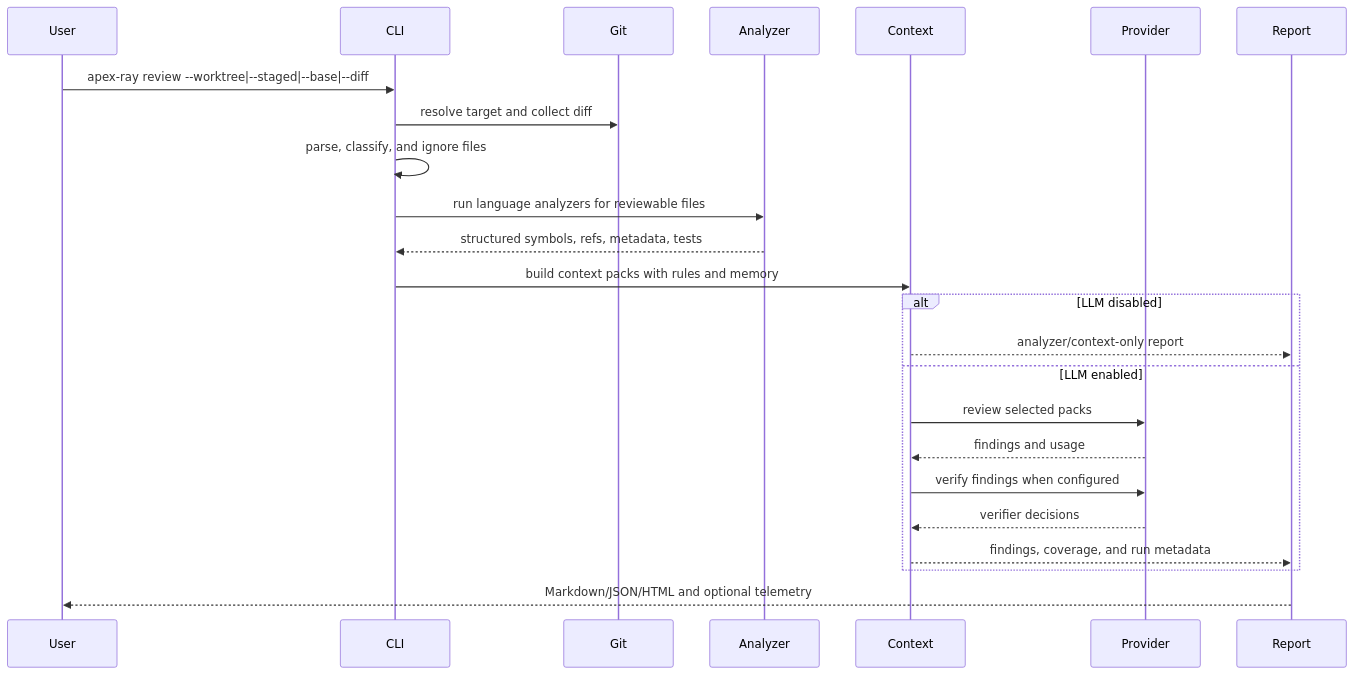
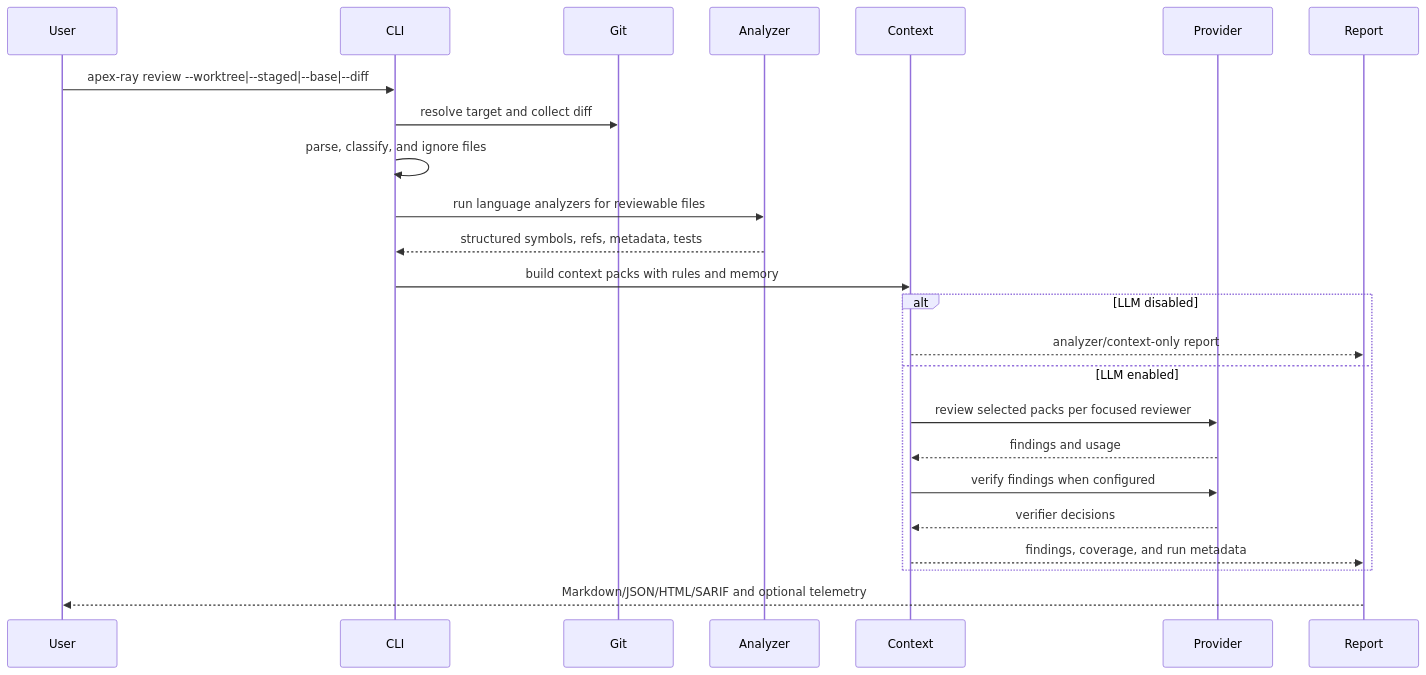
One commit to dobrotacreator/apex-ray changed the second of 3 diagrams in docs/architecture.md. Above: the diagram before and after it, drawn with Mermaid. The commit also changed other lines of this file and 138 other files, not shown here.

First line of the commit message:
feat(review): add API providers, risk policy, focused reviewers, and CI (#77)

````diff
--- a/docs/architecture.md
+++ b/docs/architecture.md
@@ -156,27 +171,27 @@
 ```mermaid
 sequenceDiagram
   participant User
   participant CLI
   participant Git
   participant Analyzer
   participant Context
   participant Provider
   participant Report
 
   User->>CLI: apex-ray review --worktree|--staged|--base|--diff
   CLI->>Git: resolve target and collect diff
   CLI->>CLI: parse, classify, and ignore files
   CLI->>Analyzer: run language analyzers for reviewable files
   Analyzer-->>CLI: structured symbols, refs, metadata, tests
   CLI->>Context: build context packs with rules and memory
   alt LLM disabled
     Context-->>Report: analyzer/context-only report
   else LLM enabled
-    Context->>Provider: review selected packs
+    Context->>Provider: review selected packs per focused reviewer
     Provider-->>Context: findings and usage
     Context->>Provider: verify findings when configured
     Provider-->>Context: verifier decisions
     Context-->>Report: findings, coverage, and run metadata
   end
-  Report-->>User: Markdown/JSON/HTML and optional telemetry
+  Report-->>User: Markdown/JSON/HTML/SARIF and optional telemetry
 ```
````
